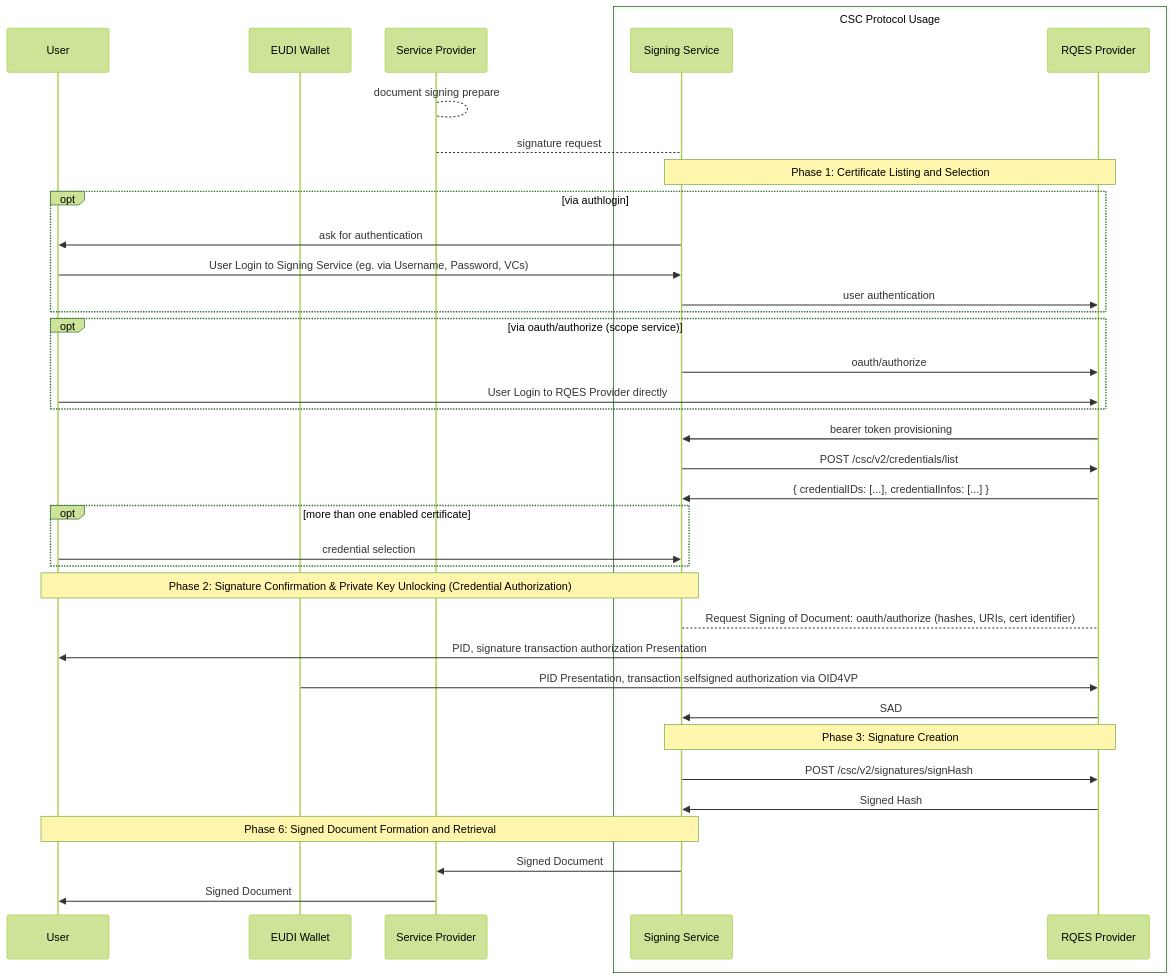
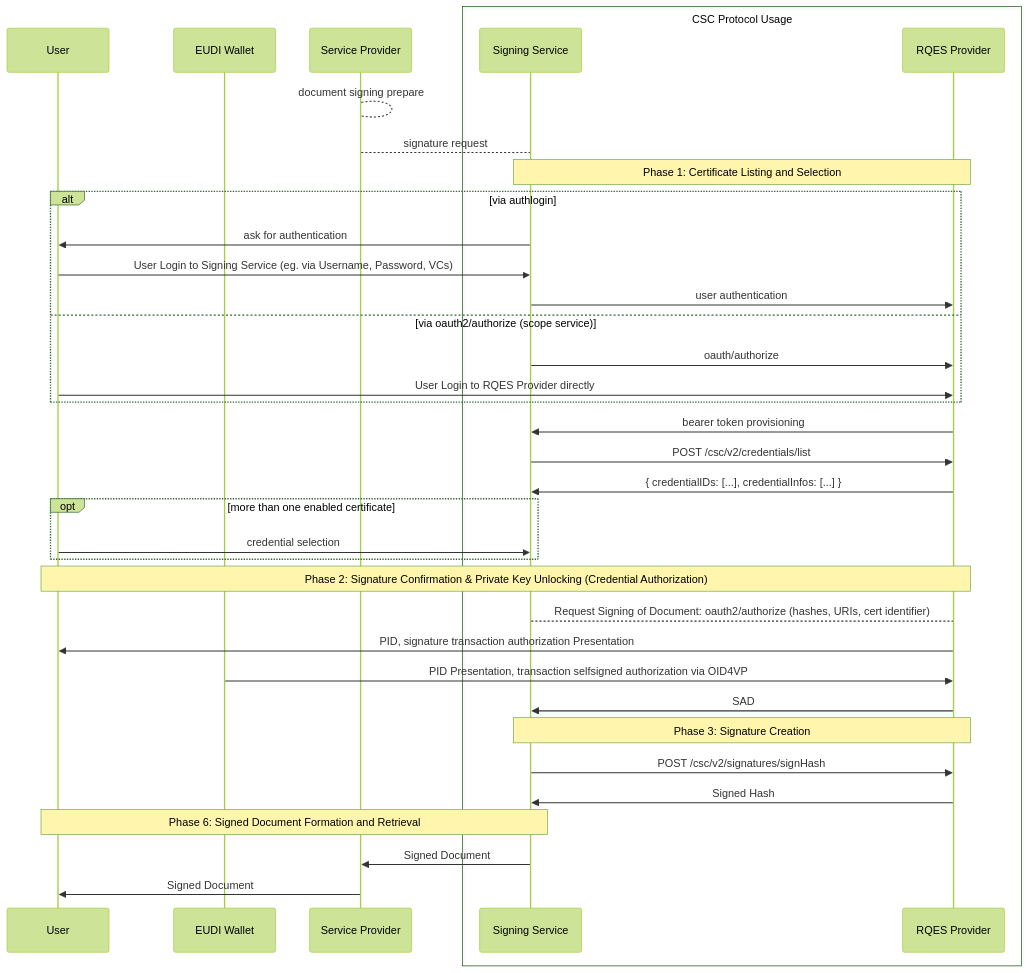
The diagram in leone/sign prop.md (EWC-consortium/eudi-wallet-rfcs), drawn with Mermaid (forest theme) before and after one commit.

````diff
--- a/leone/sign prop.md
+++ b/leone/sign prop.md
@@ -1,50 +1,48 @@
 ```mermaid
    sequenceDiagram
     participant User
     participant EUDI Wallet
     participant Service Provider
     box CSC Protocol Usage
     participant Signing Service 
     participant RQES Provider
     end
 
     Service Provider-->Service Provider: document signing prepare
     Service Provider-->Signing Service: signature request
     
     Note over Signing Service, RQES Provider: Phase 1: Certificate Listing and Selection
     
-    opt via authlogin
+    alt via authlogin
     Signing Service->>User: ask for authentication
     User->>Signing Service: User Login to Signing Service (eg. via Username, Password, VCs)
     Signing Service->>RQES Provider: user authentication 
-    end 
-    
-    opt via oauth/authorize (scope service)
+    else via oauth2/authorize (scope service)
     Signing Service->>RQES Provider: oauth/authorize
     User->>RQES Provider: User Login to RQES Provider directly
     end
 
     RQES Provider->>Signing Service: bearer token provisioning
 
     Signing Service->>RQES Provider: POST /csc/v2/credentials/list
     RQES Provider->>Signing Service: { credentialIDs: [...], credentialInfos: [...] }
     opt more than one enabled certificate 
     User->>Signing Service: credential selection
     end
 
-    Note over User, Signing Service: Phase 2: Signature Confirmation & Private Key Unlocking (Credential Authorization)
+    Note over User, RQES Provider: Phase 2: Signature Confirmation & Private Key Unlocking (Credential Authorization)
     
-    Signing Service-->RQES Provider: Request Signing of Document: oauth/authorize (hashes, URIs, cert identifier)
+    Signing Service-->RQES Provider: Request Signing of Document: oauth2/authorize (hashes, URIs, cert identifier)
     RQES Provider->>User: PID, signature transaction authorization Presentation
     EUDI Wallet->>RQES Provider: PID Presentation, transaction selfsigned authorization via OID4VP
     
     RQES Provider->>Signing Service: SAD
     
     Note over Signing Service, RQES Provider: Phase 3: Signature Creation
     Signing Service->>RQES Provider: POST /csc/v2/signatures/signHash
     RQES Provider->>Signing Service: Signed Hash
 
     Note over User, Signing Service: Phase 6: Signed Document Formation and Retrieval
     Signing Service->>Service Provider: Signed Document
     Service Provider->>User: Signed Document
 ```
````
